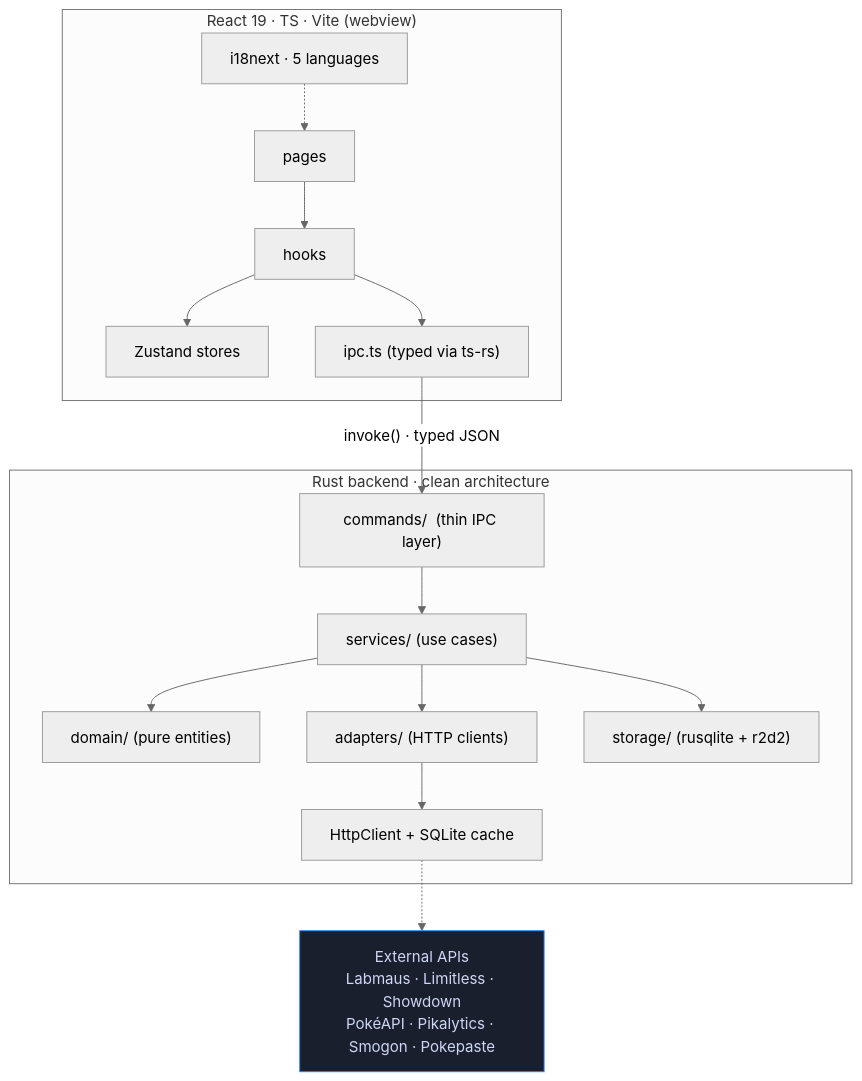
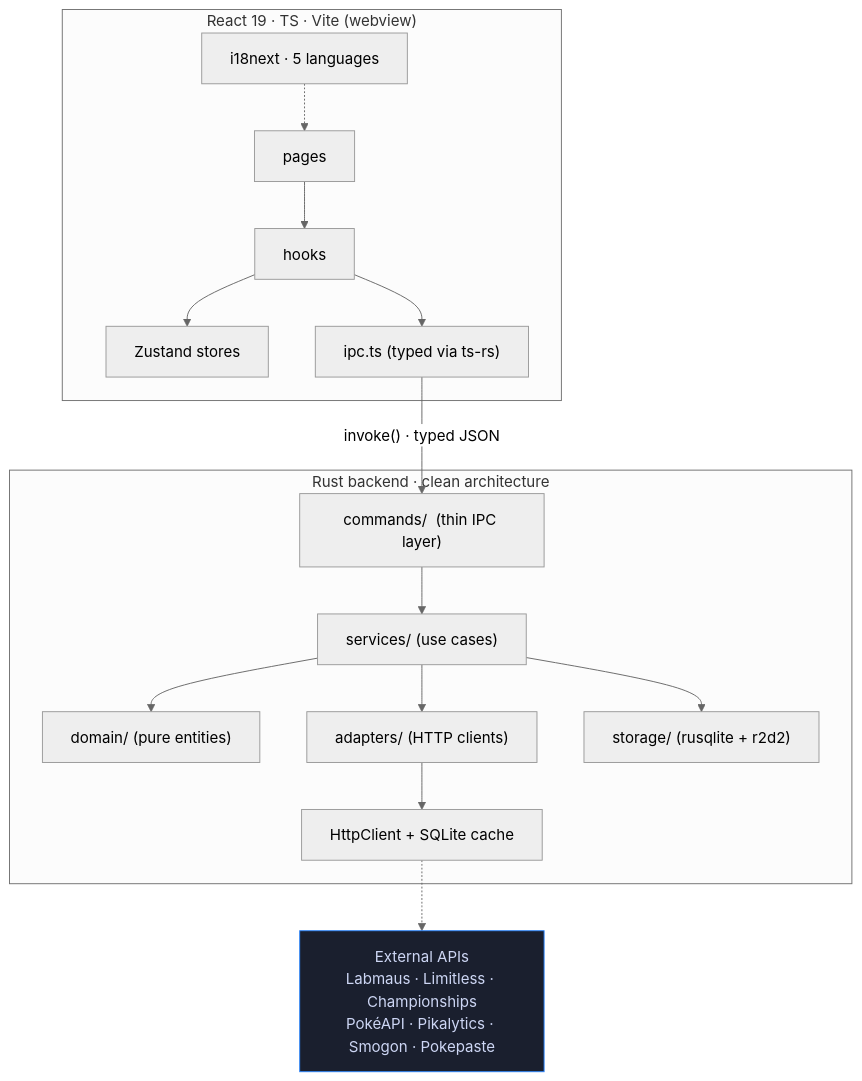
Before and after one commit to felipesuarez-dev/VGC-Reporter: the diagram in README.en.md, drawn with Mermaid (neutral theme). The commit also changed other lines of this file and 45 other files, not shown here.

````diff
--- a/README.en.md
+++ b/README.en.md
@@ -200,25 +207,25 @@
 ```mermaid
 flowchart TD
     subgraph FE["React 19 · TS · Vite (webview)"]
         Pages[pages] --> Hooks[hooks]
         Hooks --> Stores[Zustand stores]
         Hooks --> IPC["ipc.ts (typed via ts-rs)"]
         I18n["i18next · 5 languages"] -.-> Pages
     end
 
     IPC -->|"invoke() · typed JSON"| CMD
 
     subgraph BE["Rust backend · clean architecture"]
         CMD["commands/  (thin IPC layer)"]
         CMD --> SVC["services/  (use cases)"]
         SVC --> DOM["domain/  (pure entities)"]
         SVC --> ADP["adapters/  (HTTP clients)"]
         SVC --> STO["storage/  (rusqlite + r2d2)"]
         ADP --> HTTP["HttpClient + SQLite cache"]
     end
 
-    HTTP -.-> EXT["External APIs<br/>Labmaus · Limitless · Showdown<br/>PokéAPI · Pikalytics · Smogon · Pokepaste"]
+    HTTP -.-> EXT["External APIs<br/>Labmaus · Limitless · Championships<br/>PokéAPI · Pikalytics · Smogon · Pokepaste"]
 
     classDef ext fill:#1a1f2e,stroke:#2b86ff,color:#cdd6f4;
     class EXT ext;
 ```
````
